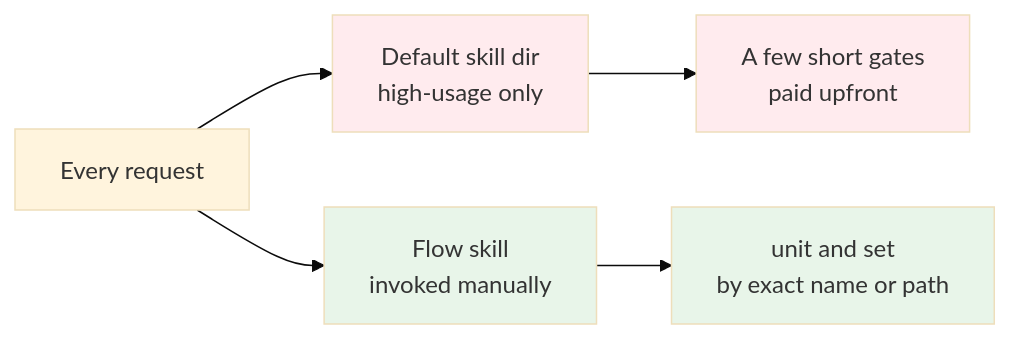
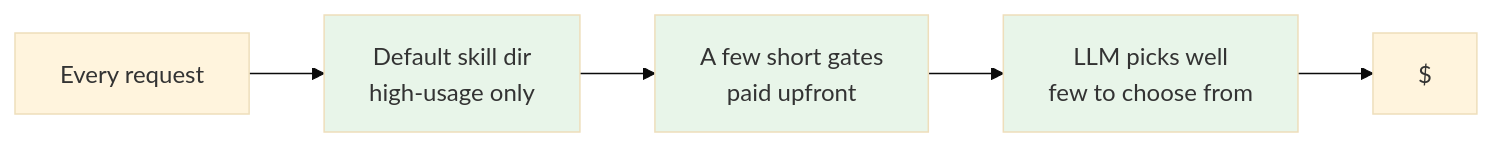
Before and after one commit to mingzilla/public_skills: the second of 2 diagrams in unit__context__upfront_cost/usage.md, drawn with Mermaid (base theme). The commit also changed other lines of this file and 2 other files, not shown here.

Commit message:
share unit__context__upfront_cost

````diff
--- a/unit__context__upfront_cost/usage.md
+++ b/unit__context__upfront_cost/usage.md
@@ -28,16 +32,12 @@
 ```mermaid
 flowchart LR
     REQ["Every request"]
     DIR["Default skill dir<br/>high-usage only"]
     DESC["A few short gates<br/>paid upfront"]
-    FLOW["Flow skill<br/>invoked manually"]
-    UNITS["unit and set<br/>by exact name or path"]
-    REQ --> DIR
-    DIR --> DESC
-    REQ --> FLOW
-    FLOW --> UNITS
-    style DIR fill: #ffebee
-    style DESC fill: #ffebee
-    style FLOW fill: #e8f5e9
-    style UNITS fill: #e8f5e9
+    PICK["LLM picks well<br/>few to choose from"]
+    COST["$"]
+    REQ --> DIR --> DESC --> PICK --> COST
+    style DIR fill: #e8f5e9
+    style DESC fill: #e8f5e9
+    style PICK fill: #e8f5e9
 ```
````
